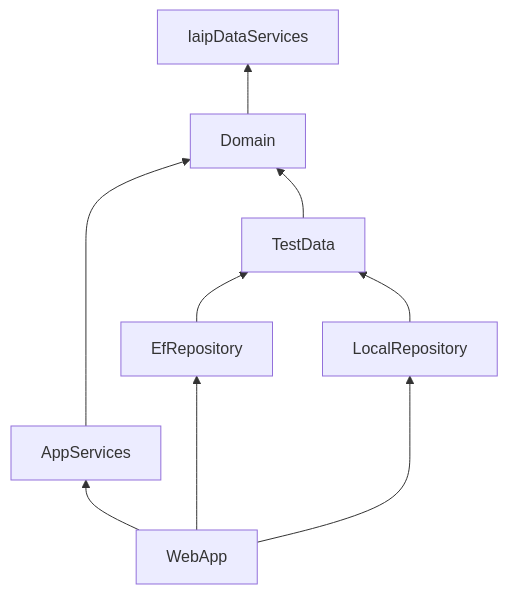
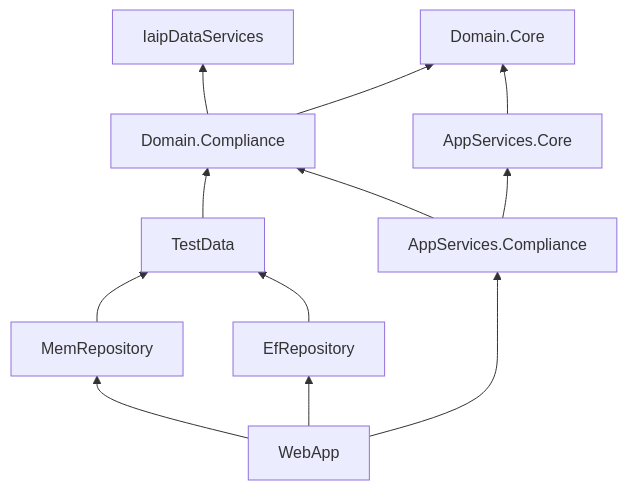
The first of 6 diagrams in README.md (gaepdit/air-web), drawn with Mermaid before and after one commit. The commit also changed other lines of this file, not shown here.

````diff
--- a/README.md
+++ b/README.md
@@ -70,12 +74,16 @@
 ```mermaid
 flowchart BT
     I[IaipDataServices]
-    D[Domain] --> I
-    A[AppServices] ----> D
-    T[TestData] --> D
+    DR[Domain.Core]
+    DC[Domain.Compliance] --> I
+    DC --> DR
+    AR[AppServices.Core] --> DR
+    AC[AppServices.Compliance] --> DC
+    AC --> AR
+    T[TestData] --> DC
     E[EfRepository] --> T
-    L[LocalRepository] --> T
-    W[WebApp] ---> L
-    W ---> E
-    W --> A
+    M[MemRepository] --> T
+    W[WebApp] --> M
+    W --> E
+    W --> AC
 ```
````
